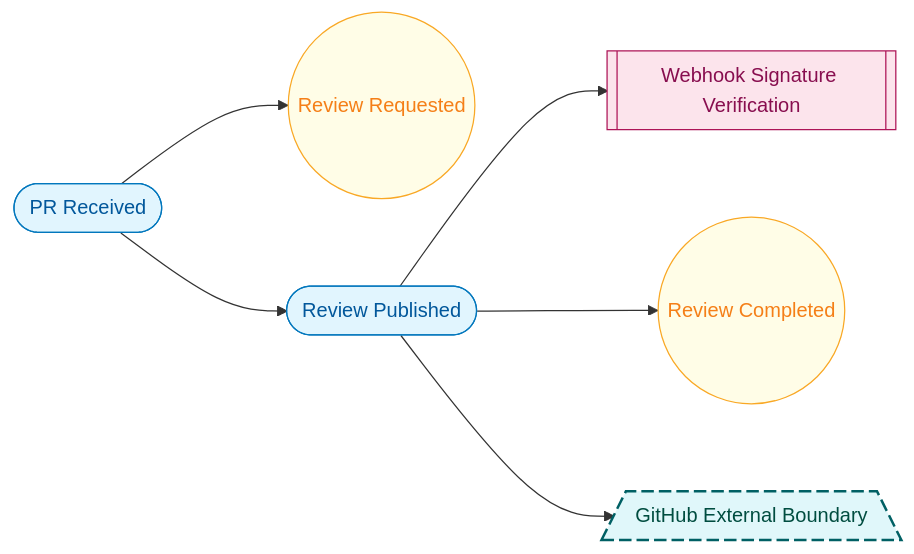
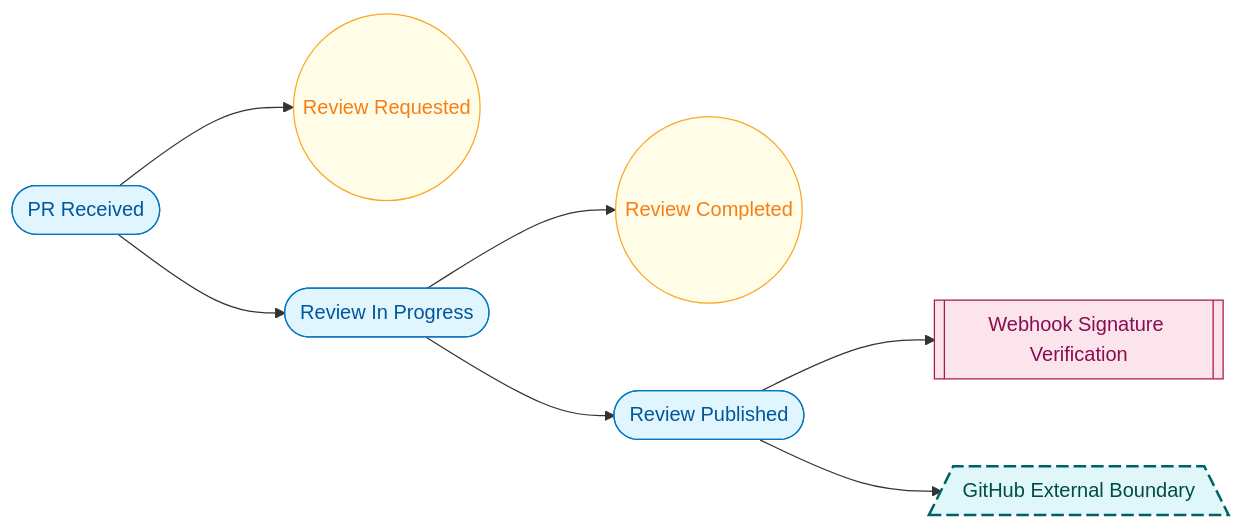
One commit to labeth/engineering-model-go changed the diagram in examples/bedrock-pr-review-github-app-sample/generated/VIEW-STATE-LIFECYCLE.mmd. Above: the diagram before and after it, drawn with Mermaid. The commit also changed 722 other files, not shown here.

```diff
--- a/examples/bedrock-pr-review-github-app-sample/generated/VIEW-STATE-LIFECYCLE.mmd
+++ b/examples/bedrock-pr-review-github-app-sample/generated/VIEW-STATE-LIFECYCLE.mmd
@@ -1,35 +1,37 @@
 %%{init: {"flowchart": {"nodeSpacing": 70, "rankSpacing": 100}}}%%
 flowchart LR
 %% view: VIEW-STATE-LIFECYCLE (state-lifecycle)
 N_CTRL_BEDROCK_WEBHOOK_SIGNATURE[["Webhook Signature Verification"]]:::control
 N_EVT_BEDROCK_REVIEW_COMPLETED(("Review Completed")):::event
 N_EVT_BEDROCK_REVIEW_REQUESTED(("Review Requested")):::event
 N_STATE_BEDROCK_PR_RECEIVED(["PR Received"]):::state
+N_STATE_BEDROCK_REVIEW_IN_PROGRESS(["Review In Progress"]):::state
 N_STATE_BEDROCK_REVIEW_PUBLISHED(["Review Published"]):::state
 N_TB_BEDROCK_GITHUB_EXTERNAL[/"GitHub External Boundary"\]:::trust_boundary
 N_STATE_BEDROCK_PR_RECEIVED --> N_EVT_BEDROCK_REVIEW_REQUESTED
-N_STATE_BEDROCK_PR_RECEIVED --> N_STATE_BEDROCK_REVIEW_PUBLISHED
+N_STATE_BEDROCK_PR_RECEIVED --> N_STATE_BEDROCK_REVIEW_IN_PROGRESS
+N_STATE_BEDROCK_REVIEW_IN_PROGRESS --> N_EVT_BEDROCK_REVIEW_COMPLETED
+N_STATE_BEDROCK_REVIEW_IN_PROGRESS --> N_STATE_BEDROCK_REVIEW_PUBLISHED
 N_STATE_BEDROCK_REVIEW_PUBLISHED --> N_CTRL_BEDROCK_WEBHOOK_SIGNATURE
-N_STATE_BEDROCK_REVIEW_PUBLISHED --> N_EVT_BEDROCK_REVIEW_COMPLETED
 N_STATE_BEDROCK_REVIEW_PUBLISHED --> N_TB_BEDROCK_GITHUB_EXTERNAL
 classDef system_boundary fill:#f5f5f5,stroke:#424242,stroke-width:2px,color:#212121;
 classDef functional_group fill:#e8f5e9,stroke:#1b5e20,stroke-width:1px,color:#1b5e20;
 classDef functional_unit fill:#e3f2fd,stroke:#0d47a1,stroke-width:1px,color:#0d47a1;
 classDef actor fill:#fff8e1,stroke:#ef6c00,stroke-width:1px,color:#bf360c;
 classDef attack_vector fill:#ffebee,stroke:#b71c1c,stroke-width:1px,color:#7f0000;
 classDef referenced_element fill:#f3e5f5,stroke:#6a1b9a,stroke-width:1px,color:#4a148c;
 classDef interface fill:#e8f5e9,stroke:#2e7d32,stroke-width:2px,stroke-dasharray: 6 3,color:#1b5e20;
 classDef data_object fill:#fff3e0,stroke:#ef6c00,stroke-width:2px,stroke-dasharray: 2 2,color:#e65100;
 classDef deployment_target fill:#ede7f6,stroke:#5e35b1,stroke-width:1px,color:#4527a0;
 classDef control fill:#fce4ec,stroke:#ad1457,stroke-width:1px,color:#880e4f;
 classDef trust_boundary fill:#e0f7fa,stroke:#006064,stroke-width:2px,stroke-dasharray: 10 4,color:#004d40;
 classDef state fill:#e1f5fe,stroke:#0277bd,stroke-width:1px,color:#01579b;
 classDef event fill:#fffde7,stroke:#f9a825,stroke-width:1px,color:#f57f17;
 classDef flow fill:#ede7f6,stroke:#4527a0,stroke-width:2px,color:#311b92;
 classDef flow_step fill:#f1f8e9,stroke:#33691e,stroke-width:2px,color:#1b5e20;
 classDef requirement fill:#fffde7,stroke:#f9a825,stroke-width:1px,color:#7f6000;
 classDef verification fill:#fce4ec,stroke:#ad1457,stroke-width:1px,color:#880e4f;
 classDef runtime_element fill:#b2ebf2,stroke:#00838f,stroke-width:1px,color:#006064;
 classDef deployment_element fill:#d7ccc8,stroke:#4e342e,stroke-width:1px,color:#2f1b14;
 classDef code_element fill:#eeeeee,stroke:#616161,stroke-width:1px,color:#212121;
 classDef unknown fill:#ffffff,stroke:#adb5bd,stroke-width:1px,color:#4f5b62;
```
